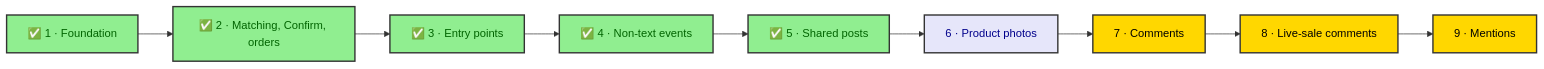
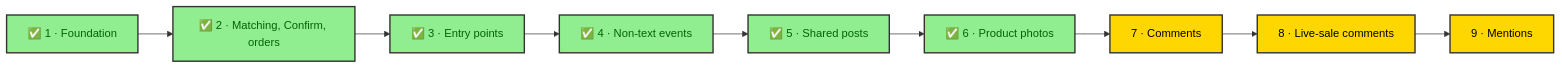
One commit to nabil404/project-alpha changed the diagram in docs/features/11-ai-implementation/progress.md. Above: the diagram before and after it, drawn with Mermaid. The commit also changed other lines of this file and 58 other files, not shown here.

````diff
--- a/docs/features/11-ai-implementation/progress.md
+++ b/docs/features/11-ai-implementation/progress.md
@@ -26,15 +27,15 @@
 ```mermaid
 flowchart LR
     p1["✅ 1 · Foundation"]:::built --> p2["✅ 2 · Matching, Confirm, orders"]:::built
     p2 --> p3["✅ 3 · Entry points"]:::built
     p3 --> p4["✅ 4 · Non-text events"]:::built
     p4 --> p5["✅ 5 · Shared posts"]:::built
-    p5 --> p6["6 · Product photos"]:::todo
+    p5 --> p6["✅ 6 · Product photos"]:::built
     p6 --> p7["7 · Comments"]:::cut
     p7 --> p8["8 · Live-sale comments"]:::cut
     p8 --> p9["9 · Mentions"]:::cut
 
     classDef built fill:#90EE90,stroke:#333,stroke-width:2px,color:#006400
     classDef todo  fill:#E6E6FA,stroke:#333,stroke-width:2px,color:#00008B
     classDef cut   fill:#FFD700,stroke:#333,stroke-width:2px,color:#000
 ```
````
